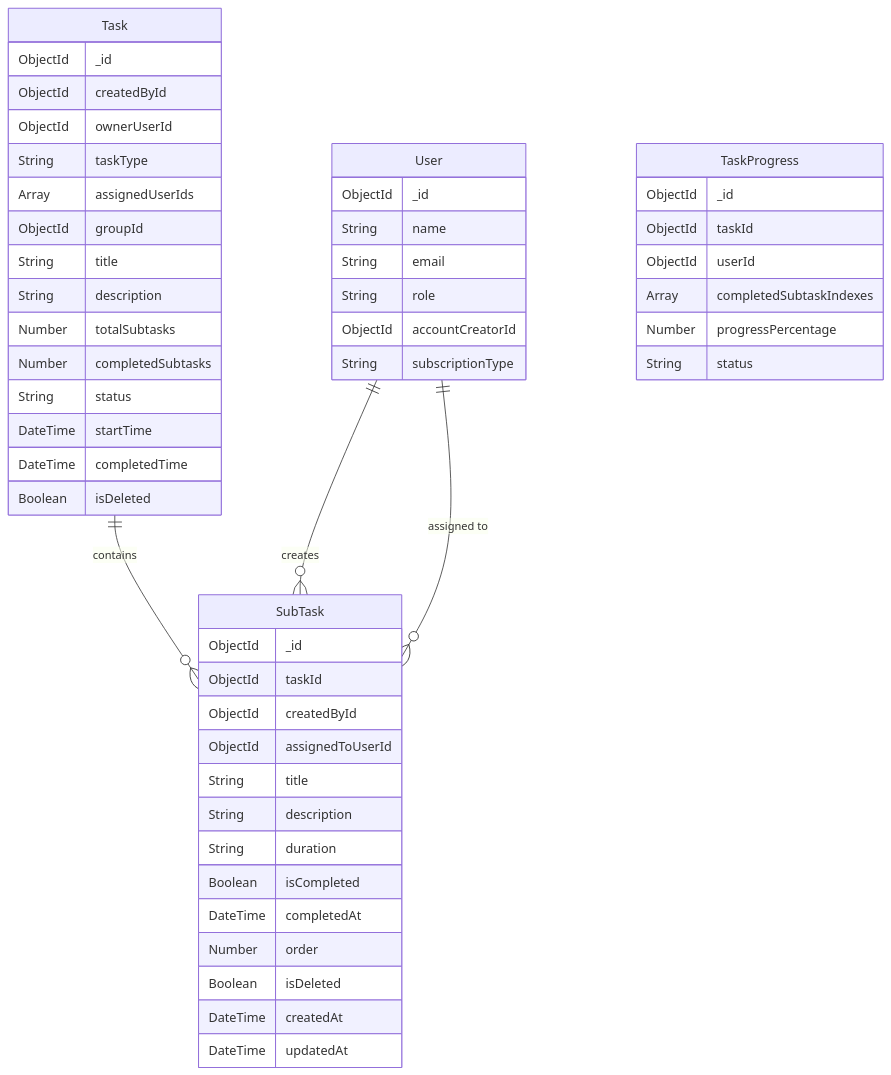
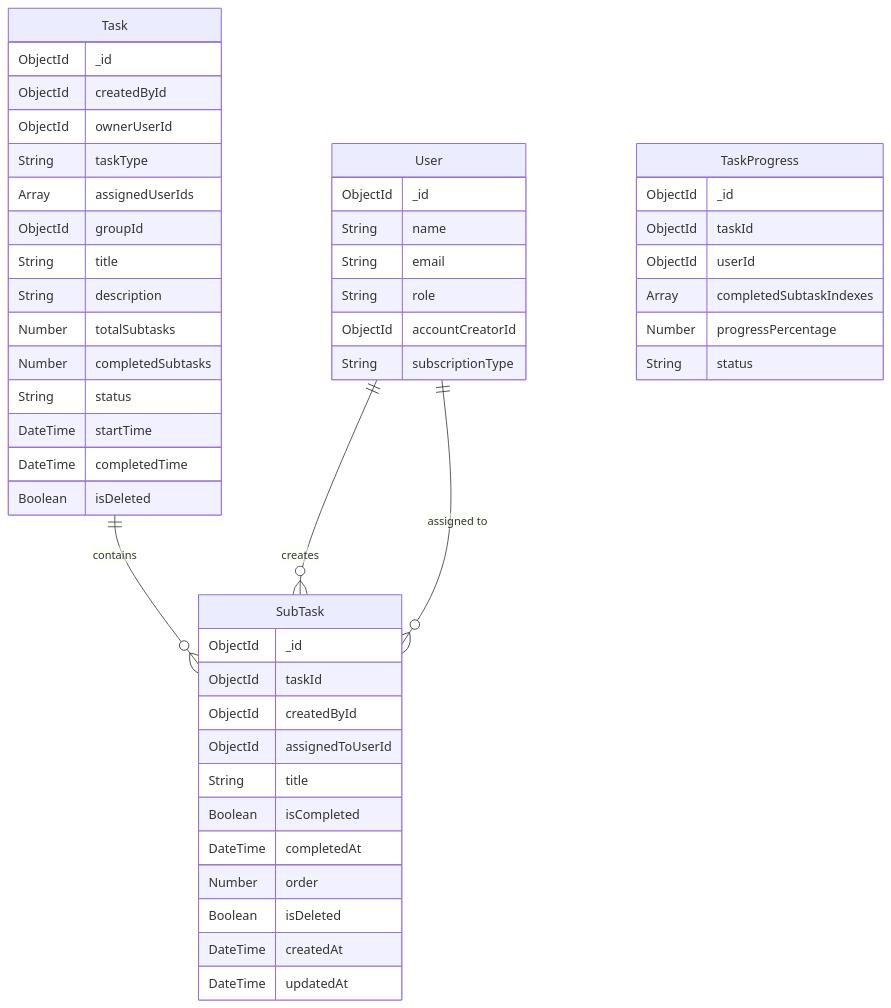
Before and after one commit to MohammadSheakh/task-management: the diagram in task-management-backend-template/src/modules/task.module/subTask/doc/dia/subTask-module-schema.mermaid, drawn with Mermaid. The commit also changed 30 other files, not shown here.

```diff
--- a/task-management-backend-template/src/modules/task.module/subTask/doc/dia/subTask-module-schema.mermaid
+++ b/task-management-backend-template/src/modules/task.module/subTask/doc/dia/subTask-module-schema.mermaid
@@ -1,55 +1,53 @@
 erDiagram
     Task ||--o{ SubTask : "contains"
     User ||--o{ SubTask : "creates"
     User ||--o{ SubTask : "assigned to"
     
     Task {
         ObjectId _id
         ObjectId createdById
         ObjectId ownerUserId
         String taskType
         Array assignedUserIds
         ObjectId groupId
         String title
         String description
         Number totalSubtasks
         Number completedSubtasks
         String status
         DateTime startTime
         DateTime completedTime
         Boolean isDeleted
     }
     
     SubTask {
         ObjectId _id
         ObjectId taskId
         ObjectId createdById
         ObjectId assignedToUserId
         String title
-        String description
-        String duration
         Boolean isCompleted
         DateTime completedAt
         Number order
         Boolean isDeleted
         DateTime createdAt
         DateTime updatedAt
     }
     
     User {
         ObjectId _id
         String name
         String email
         String role
         ObjectId accountCreatorId
         String subscriptionType
     }
     
     TaskProgress {
         ObjectId _id
         ObjectId taskId
         ObjectId userId
         Array completedSubtaskIndexes
         Number progressPercentage
         String status
     }
```
